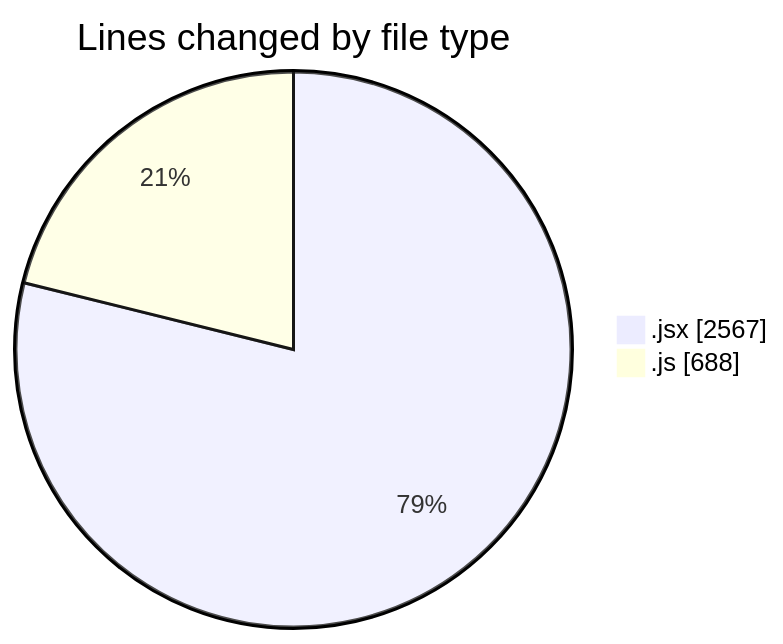
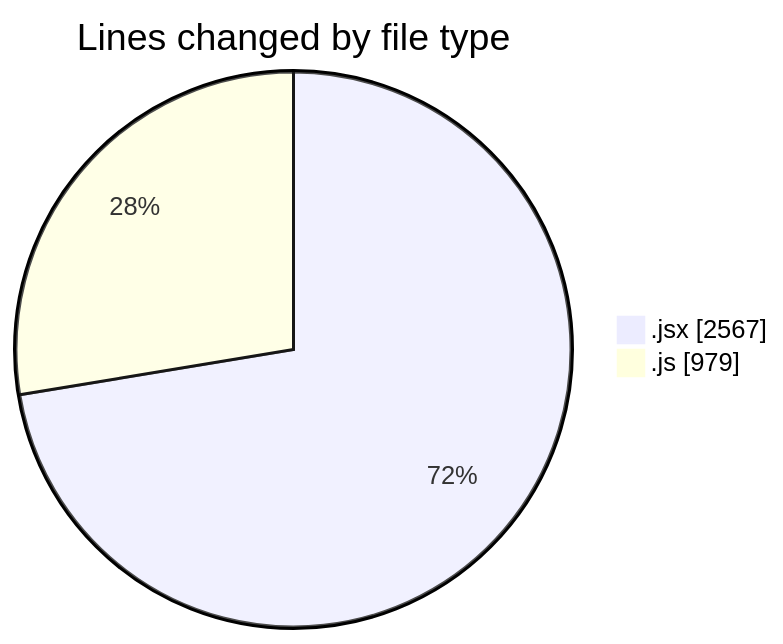
The first of 2 diagrams in 2025-07-11/argos/README.md (nxtqubesakshisongat/code-tracking), drawn with Mermaid before and after one commit. The commit also changed other lines of this file and 1 other file, not shown here.

````diff
--- a/2025-07-11/argos/README.md
+++ b/2025-07-11/argos/README.md
@@ -24,6 +24,6 @@
 ```mermaid
 pie showData
 title Lines changed by file type
 ".jsx" : 2567
-".js" : 688
+".js" : 979
 ```
````
